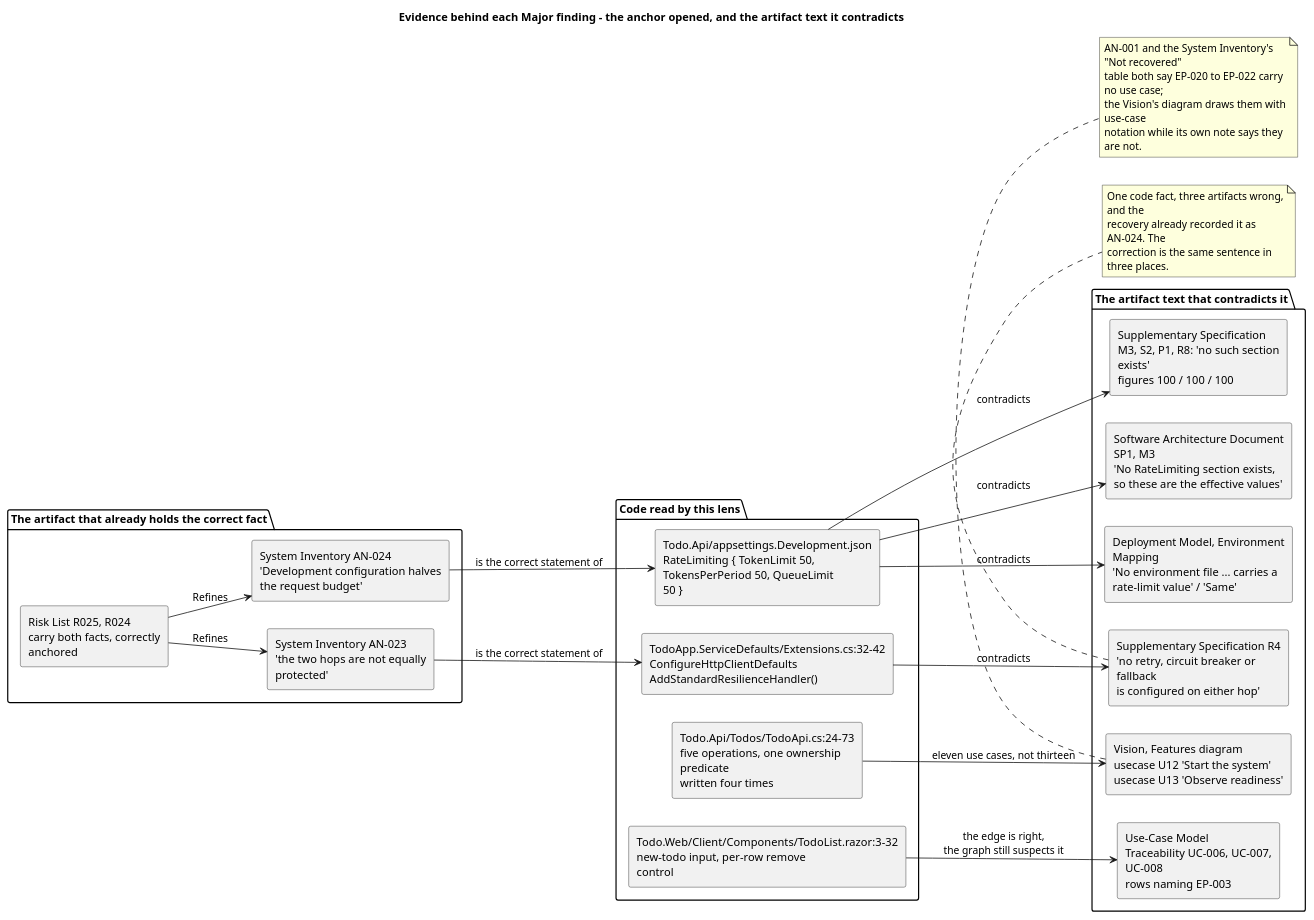
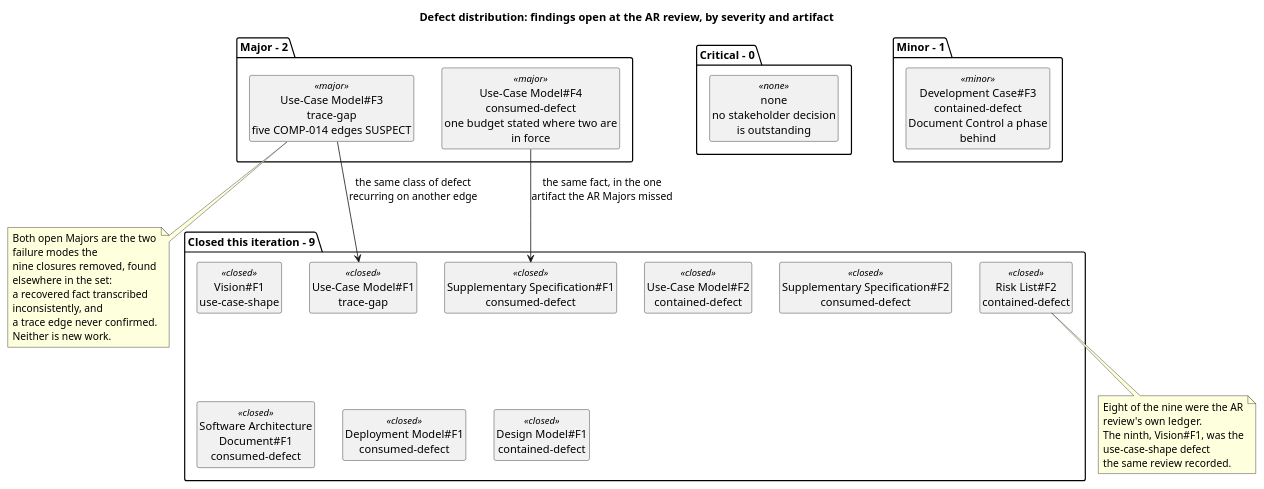
Before and after one commit to banense-test/TodoApp: the fourth of 12 diagrams in docs/artifacts/project-management/review-record.md, drawn with PlantUML. The commit also changed other lines of this file, not shown here.

First line of the commit message:
Reviewer [Excavation2]: upsert Review Record

````diff
--- a/docs/artifacts/project-management/review-record.md
+++ b/docs/artifacts/project-management/review-record.md
@@ -393,57 +339,52 @@
 ```plantuml
 @startuml
-title Evidence behind each Major finding - the anchor opened, and the artifact text it contradicts
+title Defect distribution: findings open at the AR review, by severity and artifact
 
 skinparam shadowing false
-skinparam componentStyle rectangle
-skinparam wrapWidth 230
-left to right direction
+skinparam classAttributeIconSize 0
+skinparam wrapWidth 220
+hide circle
+hide empty members
 
-package "Code read by this lens" {
-  component "Todo.Api/appsettings.Development.json\nRateLimiting { TokenLimit 50,\nTokensPerPeriod 50, QueueLimit 50 }" as CFG
-  component "TodoApp.ServiceDefaults/Extensions.cs:32-42\nConfigureHttpClientDefaults\nAddStandardResilienceHandler()" as SD
-  component "Todo.Api/Todos/TodoApi.cs:24-73\nfive operations, one ownership predicate\nwritten four times" as TODO
-  component "Todo.Web/Client/Components/TodoList.razor:3-32\nnew-todo input, per-row remove control" as LIST
+package "Critical - 0" {
+  class "none\nno stakeholder decision\nis outstanding" as NOCRIT <<none>>
 }
 
-package "The artifact text that contradicts it" {
-  component "Supplementary Specification\nM3, S2, P1, R8: 'no such section exists'\nfigures 100 / 100 / 100" as SS_A
-  component "Supplementary Specification R4\n'no retry, circuit breaker or fallback\nis configured on either hop'" as SS_B
-  component "Software Architecture Document SP1, M3\n'No RateLimiting section exists,\nso these are the effective values'" as SAD_A
-  component "Deployment Model, Environment Mapping\n'No environment file ... carries a\nrate-limit value' / 'Same'" as DEP_A
-  component "Use-Case Model\nTraceability UC-006, UC-007, UC-008\nrows naming EP-003" as UCM_A
-  component "Vision, Features diagram\nusecase U12 'Start the system'\nusecase U13 'Observe readiness'" as VIS_A
+package "Major - 2" {
+  class "Use-Case Model#F3\ntrace-gap\nfive COMP-014 edges SUSPECT" as M1 <<major>>
+  class "Use-Case Model#F4\nconsumed-defect\none budget stated where two are in force" as M2 <<major>>
 }
 
-package "The artifact that already holds the correct fact" {
-  component "System Inventory AN-024\n'Development configuration halves\nthe request budget'" as SI_1
-  component "System Inventory AN-023\n'the two hops are not equally\nprotected'" as SI_2
-  component "Risk List R025, R024\ncarry both facts, correctly anchored" as RL
+package "Minor - 1" {
+  class "Development Case#F3\ncontained-defect\nDocument Control a phase behind" as M3 <<minor>>
 }
 
-CFG --> SS_A : contradicts
-CFG --> SAD_A : contradicts
-CFG --> DEP_A : contradicts
-SD --> SS_B : contradicts
-LIST --> UCM_A : the edge is right,\nthe graph still suspects it
-TODO --> VIS_A : eleven use cases, not thirteen
+package "Closed this iteration - 9" {
+  class "Vision#F1\nuse-case-shape" as C1 <<closed>>
+  class "Use-Case Model#F1\ntrace-gap" as C2 <<closed>>
+  class "Use-Case Model#F2\ncontained-defect" as C3 <<closed>>
+  class "Supplementary Specification#F1\nconsumed-defect" as C4 <<closed>>
+  class "Supplementary Specification#F2\nconsumed-defect" as C5 <<closed>>
+  class "Software Architecture Document#F1\nconsumed-defect" as C6 <<closed>>
+  class "Deployment Model#F1\nconsumed-defect" as C7 <<closed>>
+  class "Design Model#F1\ncontained-defect" as C8 <<closed>>
+  class "Risk List#F2\ncontained-defect" as C9 <<closed>>
+}
 
-SI_1 --> CFG : is the correct statement of
-SI_2 --> SD : is the correct statement of
-RL --> SI_1 : Refines
-RL --> SI_2 : Refines
+M1 --> C2 : the same class of defect\nrecurring on another edge
+M2 --> C4 : the same fact, in the one\nartifact the AR Majors missed
 
-note bottom of SS_B
-  One code fact, three artifacts wrong, and the
-  recovery already recorded it as AN-024. The
-  correction is the same sentence in three places.
+note bottom of M1
+  Both open Majors are the two failure modes the
+  nine closures removed, found elsewhere in the set:
+  a recovered fact transcribed inconsistently, and
+  a trace edge never confirmed. Neither is new work.
 end note
-note bottom of VIS_A
-  AN-001 and the System Inventory's "Not recovered"
-  table both say EP-020 to EP-022 carry no use case;
-  the Vision's diagram draws them with use-case
-  notation while its own note says they are not.
+note bottom of C9
+  Eight of the nine were the AR review's own ledger.
+  The ninth, Vision#F1, was the use-case-shape defect
+  the same review recorded.
 end note
 
 @enduml
 ```
````
